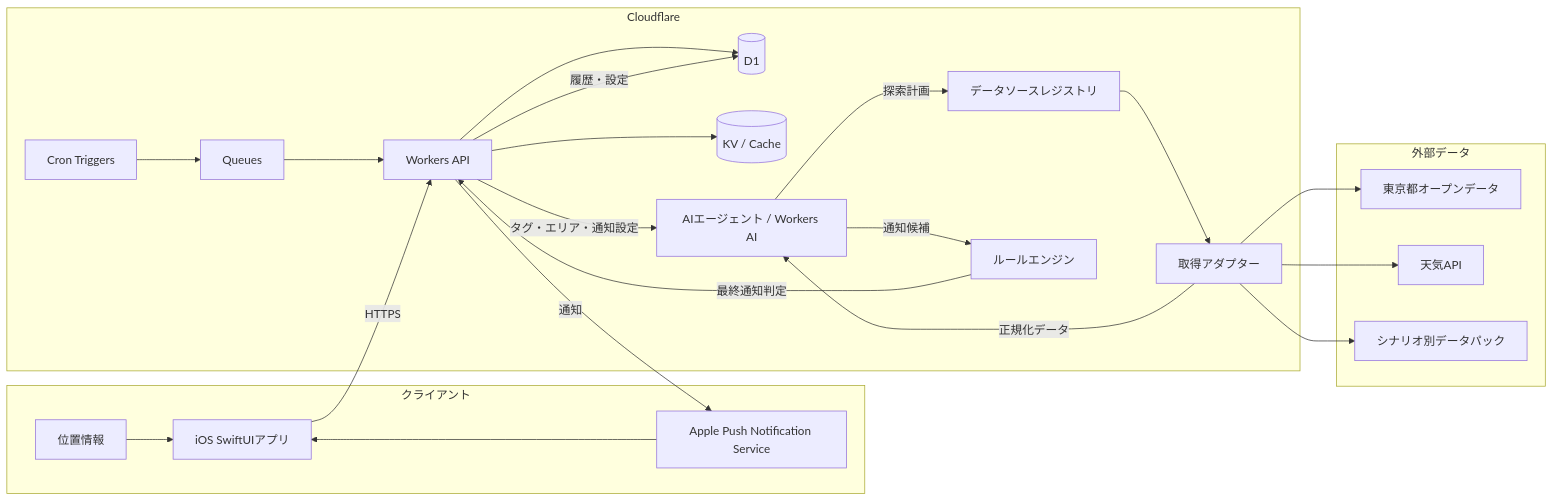
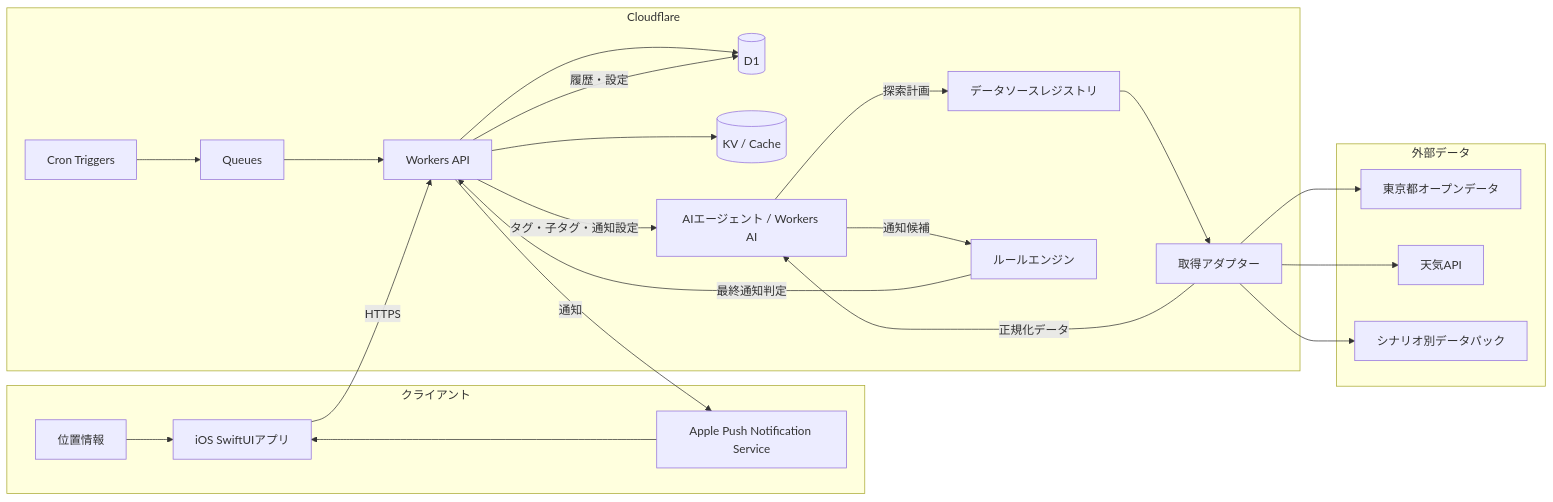
Before and after one commit to tokyo-plus/tokyo-plus-spec: the first of 2 diagrams in basic_design.md, drawn with Mermaid. The commit also changed other lines of this file and 2 other files, not shown here.

````diff
--- a/basic_design.md
+++ b/basic_design.md
@@ -121,45 +134,45 @@
 ```mermaid
 flowchart LR
   subgraph Client[クライアント]
     App[iOS SwiftUIアプリ]
     Location[位置情報]
     APNs[Apple Push Notification Service]
   end
 
   subgraph Cloudflare[Cloudflare]
     API[Workers API]
     Cron[Cron Triggers]
     Queue[Queues]
     D1[(D1)]
     KV[(KV / Cache)]
     Registry[データソースレジストリ]
     Adapter[取得アダプター]
     AI[AIエージェント / Workers AI]
     Rules[ルールエンジン]
   end
 
   subgraph Sources[外部データ]
     Tokyo[東京都オープンデータ]
     Weather[天気API]
     Optional[シナリオ別データパック]
   end
 
   App -->|HTTPS| API
   Location --> App
   API --> D1
   API --> KV
   Cron --> Queue
   Queue --> API
-  API -->|タグ・エリア・通知設定| AI
+  API -->|タグ・子タグ・通知設定| AI
   AI -->|探索計画| Registry
   Registry --> Adapter
   Adapter --> Tokyo
   Adapter --> Weather
   Adapter --> Optional
   Adapter -->|正規化データ| AI
   AI -->|通知候補| Rules
   Rules -->|最終通知判定| API
   API -->|履歴・設定| D1
   API -->|通知| APNs
   APNs --> App
 ```
````
